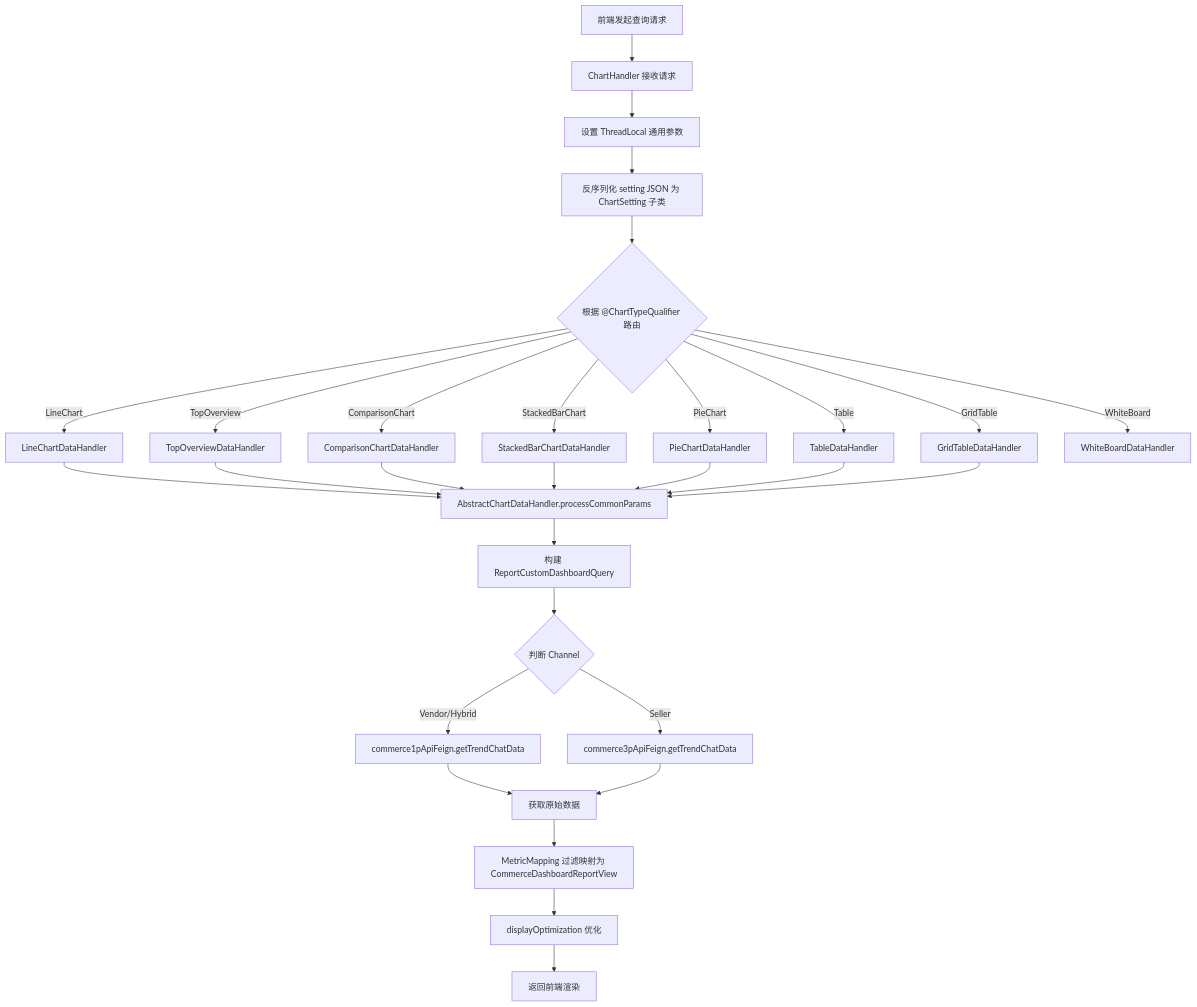
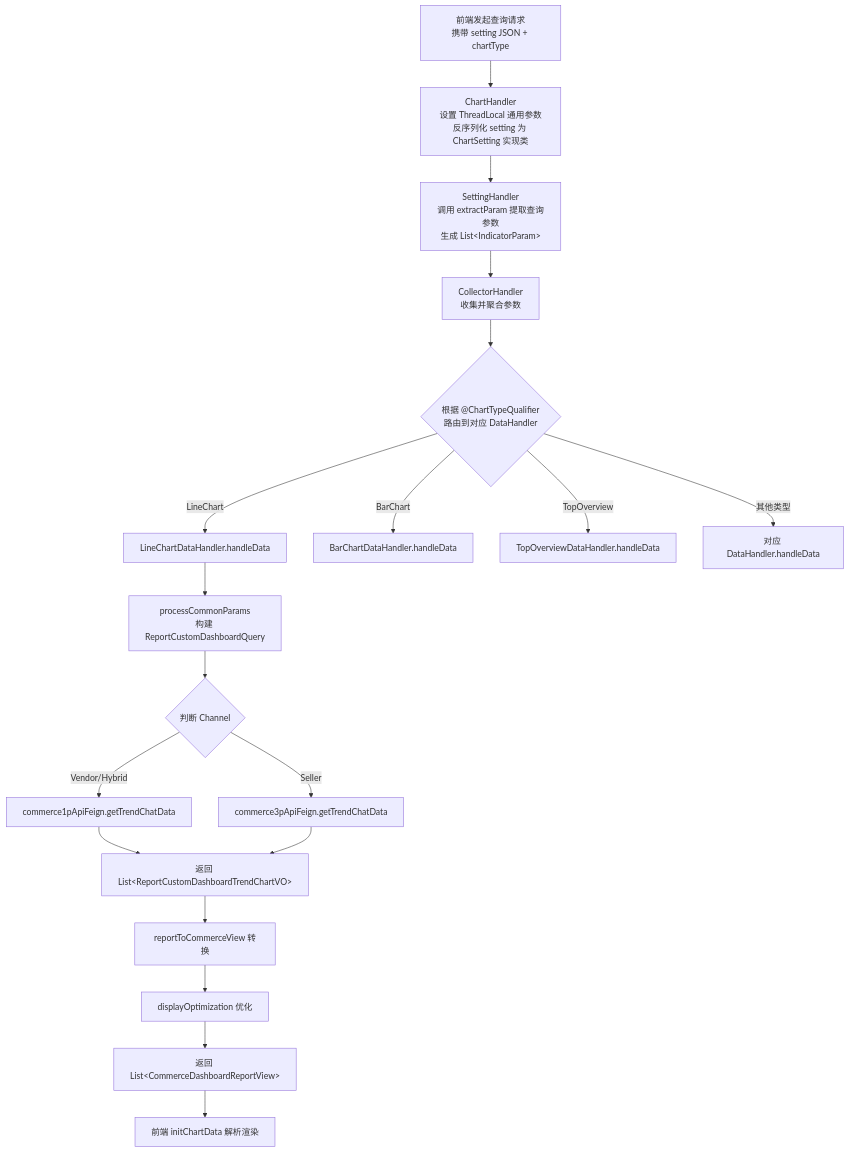
The second of 4 diagrams in output/05-chart-types.md (suoweiwei-pacvue/document-automation), drawn with Mermaid before and after one commit. The commit also changed other lines of this file and 55 other files, not shown here.

````diff
--- a/output/05-chart-types.md
+++ b/output/05-chart-types.md
@@ -342,37 +367,21 @@
 ```mermaid
 flowchart TD
-    A[前端发起查询请求] --> B[ChartHandler 接收请求]
-    B --> C[设置 ThreadLocal 通用参数]
-    C --> D[反序列化 setting JSON 为 ChartSetting 子类]
-    D --> E{根据 @ChartTypeQualifier 路由}
-    
-    E -->|LineChart| F1[LineChartDataHandler]
-    E -->|TopOverview| F2[TopOverviewDataHandler]
-    E -->|ComparisonChart| F3[ComparisonChartDataHandler]
-    E -->|StackedBarChart| F4[StackedBarChartDataHandler]
-    E -->|PieChart| F5[PieChartDataHandler]
-    E -->|Table| F6[TableDataHandler]
-    E -->|GridTable| F7[GridTableDataHandler]
-    E -->|WhiteBoard| F8[WhiteBoardDataHandler]
-    
-    F1 --> G[AbstractChartDataHandler.processCommonParams]
-    F2 --> G
-    F3 --> G
-    F4 --> G
-    F5 --> G
-    F6 --> G
-    F7 --> G
-    
-    G --> H[构建 ReportCustomDashboardQuery]
-    H --> I{判断 Channel}
-    
-    I -->|Vendor/Hybrid| J1[commerce1pApiFeign.getTrendChatData]
-    I -->|Seller| J2[commerce3pApiFeign.getTrendChatData]
-    
-    J1 --> K[获取原始数据]
-    J2 --> K
-    
-    K --> L[MetricMapping 过滤映射为 CommerceDashboardReportView]
-    L --> M[displayOptimization 优化]
-    M --> N[返回前端渲染]
+    A[前端发起查询请求<br/>携带 setting JSON + chartType] --> B[ChartHandler<br/>设置 ThreadLocal 通用参数<br/>反序列化 setting 为 ChartSetting 实现类]
+    B --> C[SettingHandler<br/>调用 extractParam 提取查询参数<br/>生成 List&lt;IndicatorParam&gt;]
+    C --> D[CollectorHandler<br/>收集并聚合参数]
+    D --> E{根据 @ChartTypeQualifier<br/>路由到对应 DataHandler}
+    E -->|LineChart| F[LineChartDataHandler.handleData]
+    E -->|BarChart| G[BarChartDataHandler.handleData]
+    E -->|TopOverview| H[TopOverviewDataHandler.handleData]
+    E -->|其他类型| I[对应 DataHandler.handleData]
+    F --> J[processCommonParams<br/>构建 ReportCustomDashboardQuery]
+    J --> K{判断 Channel}
+    K -->|Vendor/Hybrid| L[commerce1pApiFeign.getTrendChatData]
+    K -->|Seller| M[commerce3pApiFeign.getTrendChatData]
+    L --> N[返回 List&lt;ReportCustomDashboardTrendChartVO&gt;]
+    M --> N
+    N --> O[reportToCommerceView 转换]
+    O --> P[displayOptimization 优化]
+    P --> Q[返回 List&lt;CommerceDashboardReportView&gt;]
+    Q --> R[前端 initChartData 解析渲染]
 ```
````
